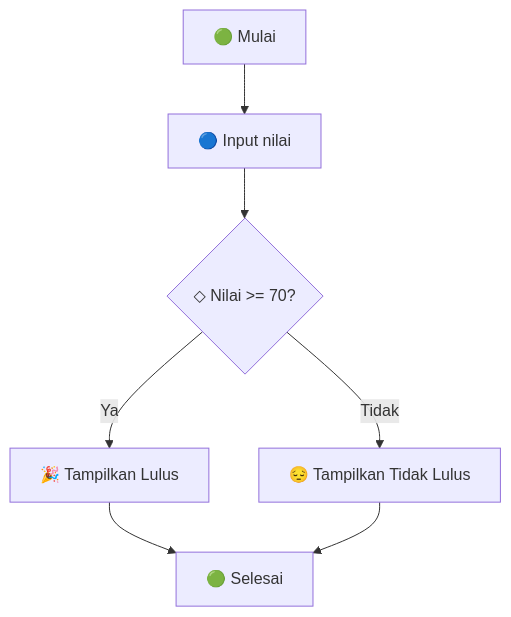
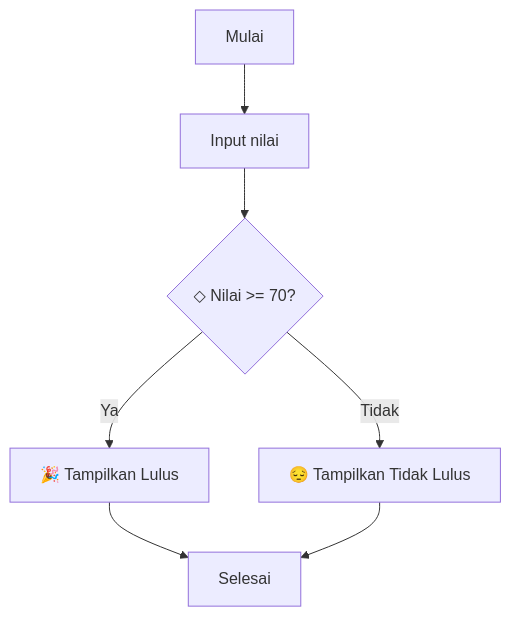
Before and after one commit to Elka1106/Kartika: the sixth of 7 diagrams in Semester 1 2025/10 RPL D.Kej 2/08. flowchart.md, drawn with Mermaid. The commit also changed other lines of this file, not shown here.

Commit message:
Update 08. flowchart.md

````diff
--- a/Semester 1 2025/10 RPL D.Kej 2/08. flowchart.md
+++ b/Semester 1 2025/10 RPL D.Kej 2/08. flowchart.md
@@ -145,9 +145,9 @@
 ```mermaid
 graph TD
-    A[🟢 Mulai] --> B[🔵 Input nilai]
+    A[ Mulai] --> B[ Input nilai]
     B --> C{◇ Nilai >= 70?}
     C -->|Ya| D[🎉 Tampilkan Lulus]
     C -->|Tidak| E[😔 Tampilkan Tidak Lulus]
-    D --> F[🟢 Selesai]
+    D --> F[ Selesai]
     E --> F
 ```
````
